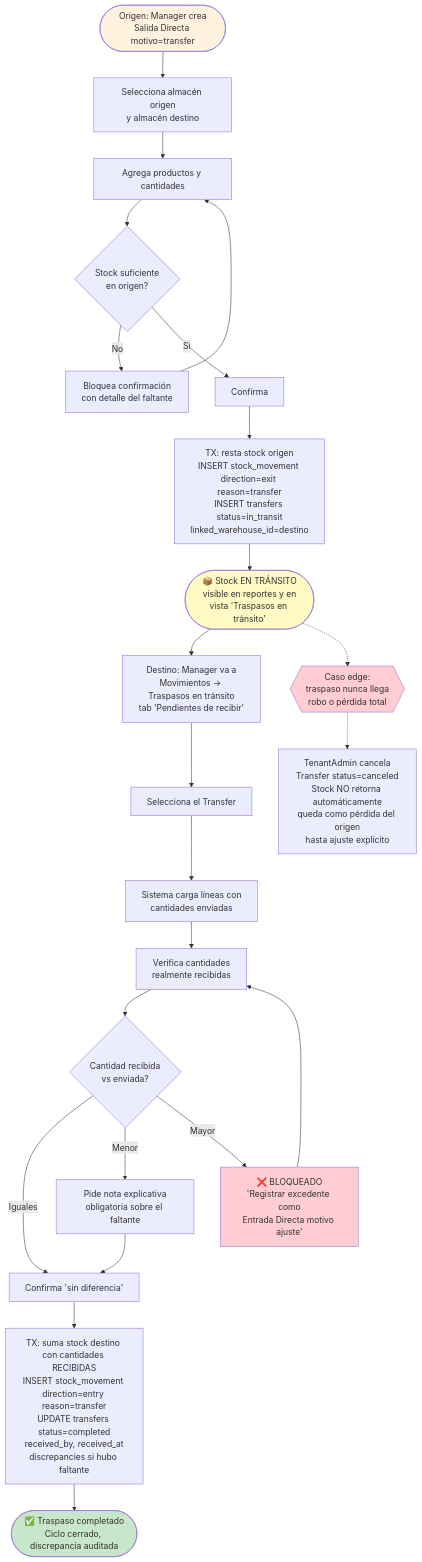
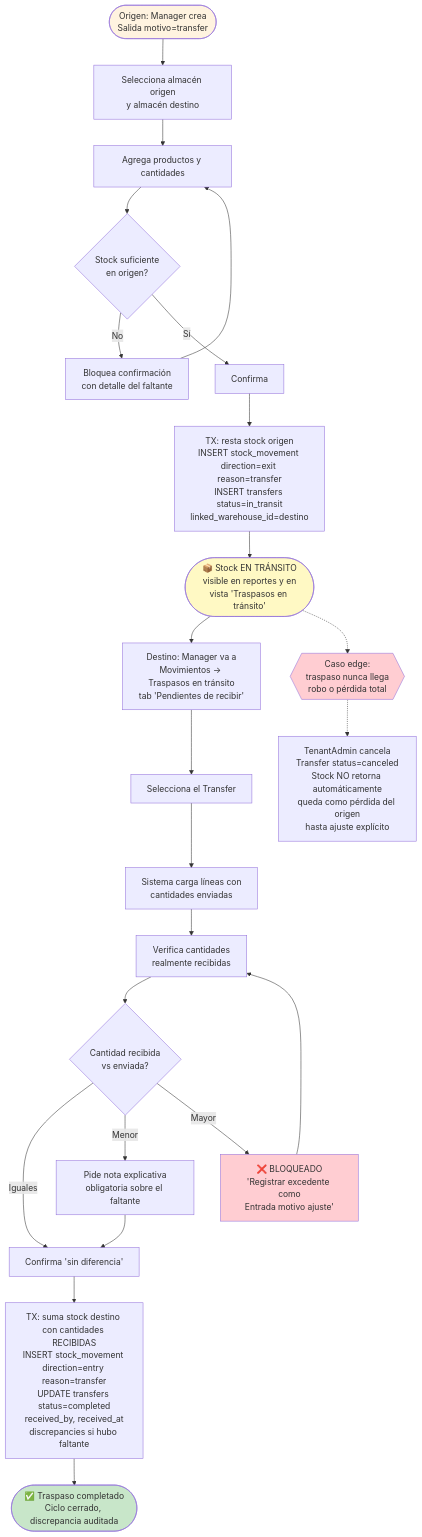
One commit to carloshlm/sellpoint changed the eighth of 12 diagrams in FLUJOS.md. Above: the diagram before and after it, drawn with Mermaid. The commit also changed other lines of this file and 4 other files, not shown here.

````diff
--- a/FLUJOS.md
+++ b/FLUJOS.md
@@ -352,34 +352,34 @@
 ```mermaid
 flowchart TD
-    Start([Origen: Manager crea<br/>Salida Directa motivo=transfer]) --> A1[Selecciona almacén origen<br/>y almacén destino]
+    Start([Origen: Manager crea<br/>Salida motivo=transfer]) --> A1[Selecciona almacén origen<br/>y almacén destino]
     A1 --> A2[Agrega productos y cantidades]
     A2 --> A3{Stock suficiente<br/>en origen?}
     A3 -->|No| A4[Bloquea confirmación<br/>con detalle del faltante]
     A4 --> A2
     A3 -->|Sí| A5[Confirma]
     A5 --> A6[TX: resta stock origen<br/>INSERT stock_movement direction=exit reason=transfer<br/>INSERT transfers status=in_transit<br/>linked_warehouse_id=destino]
     A6 --> Transit([📦 Stock EN TRÁNSITO<br/>visible en reportes y en<br/>vista 'Traspasos en tránsito'])
 
     Transit --> B1[Destino: Manager va a<br/>Movimientos → Traspasos en tránsito<br/>tab 'Pendientes de recibir']
     B1 --> B2[Selecciona el Transfer]
     B2 --> B3[Sistema carga líneas con<br/>cantidades enviadas]
     B3 --> B4[Verifica cantidades<br/>realmente recibidas]
     B4 --> B5{Cantidad recibida<br/>vs enviada?}
     B5 -->|Iguales| B6[Confirma 'sin diferencia']
     B5 -->|Menor| B7[Pide nota explicativa<br/>obligatoria sobre el faltante]
-    B5 -->|Mayor| B8[❌ BLOQUEADO<br/>'Registrar excedente como<br/>Entrada Directa motivo ajuste']
+    B5 -->|Mayor| B8[❌ BLOQUEADO<br/>'Registrar excedente como<br/>Entrada motivo ajuste']
     B8 --> B4
     B7 --> B6
     B6 --> B9[TX: suma stock destino con cantidades RECIBIDAS<br/>INSERT stock_movement direction=entry reason=transfer<br/>UPDATE transfers status=completed<br/>received_by, received_at<br/>discrepancies si hubo faltante]
     B9 --> Done([✅ Traspaso completado<br/>Ciclo cerrado, discrepancia auditada])
 
     Cancel{{Caso edge:<br/>traspaso nunca llega<br/>robo o pérdida total}}
     Transit -.-> Cancel
     Cancel -.-> CancelOk[TenantAdmin cancela<br/>Transfer status=canceled<br/>Stock NO retorna automáticamente<br/>queda como pérdida del origen<br/>hasta ajuste explícito]
 
     style Start fill:#fff3e0
     style Transit fill:#fff9c4
     style Done fill:#c8e6c9
     style Cancel fill:#ffcdd2
     style B8 fill:#ffcdd2
 ```
````
